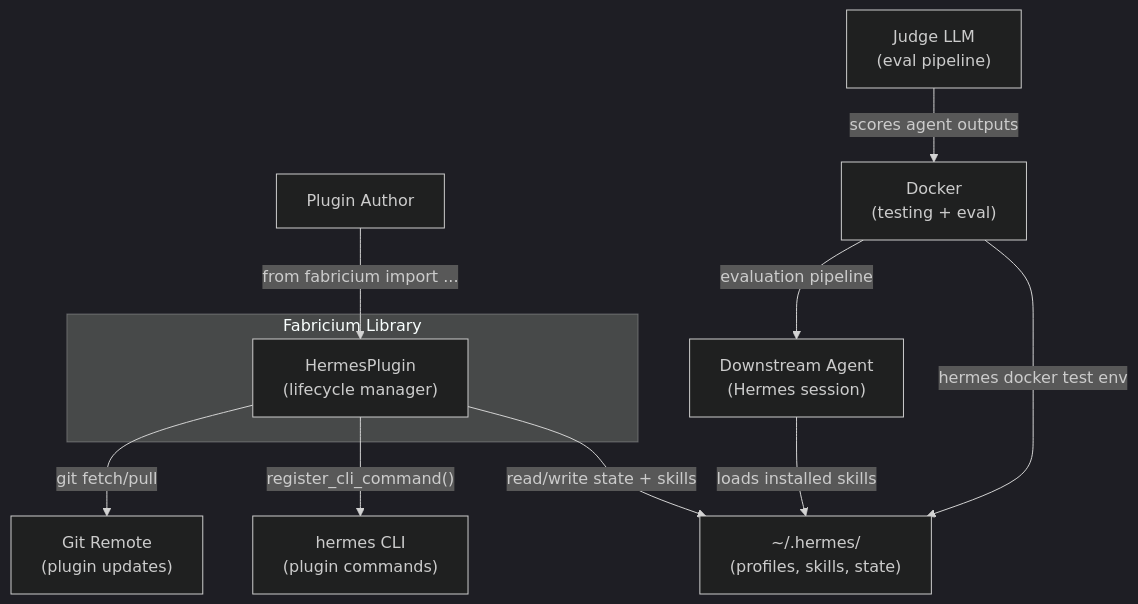
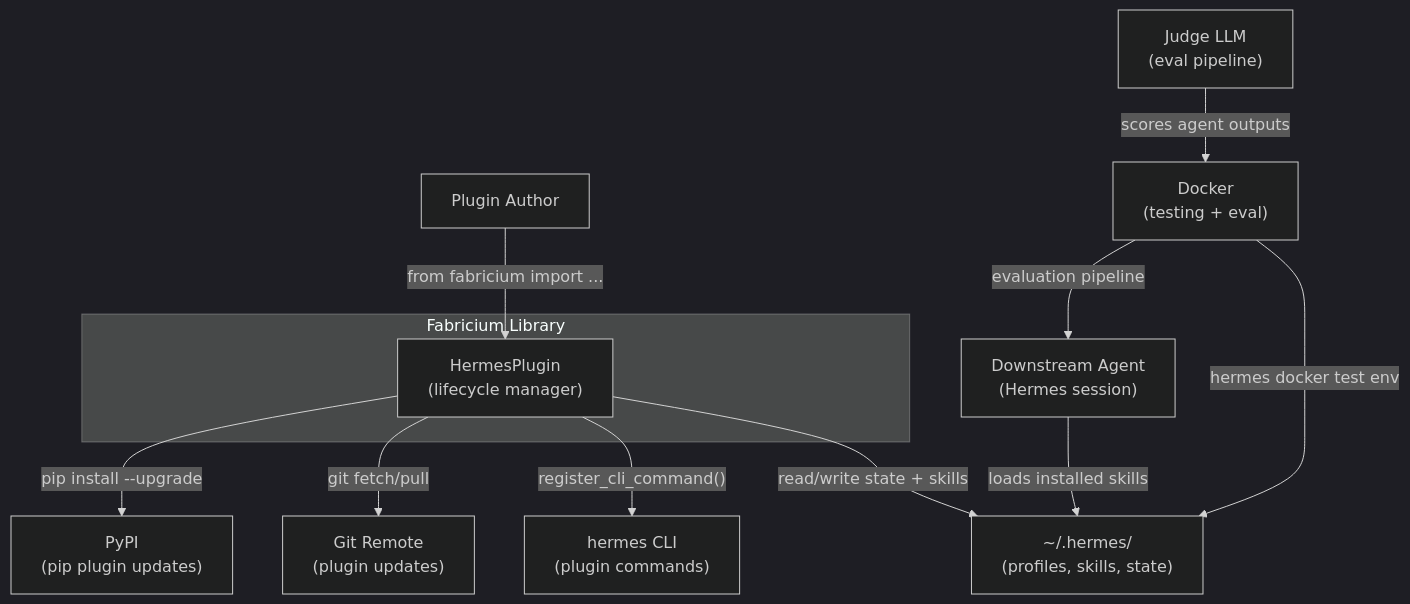
One commit to Uniterra-Solutions/fabricium changed the first of 2 diagrams in docs/architecture.md. Above: the diagram before and after it, drawn with Mermaid (dark theme). The commit also changed other lines of this file and 2 other files, not shown here.

First line of the commit message:
docs: document dual git/pip update mechanism

````diff
--- a/docs/architecture.md
+++ b/docs/architecture.md
@@ -5,24 +5,26 @@
 ```mermaid
 graph TD
     User["Plugin Author"]
     Agent["Downstream Agent\n(Hermes session)"]
 
     subgraph Fabricium["Fabricium Library"]
         Plugin["HermesPlugin\n(lifecycle manager)"]
     end
 
     HermesCLI["hermes CLI\n(plugin commands)"]
     HermesProf["~/.hermes/\n(profiles, skills, state)"]
     GitRemote["Git Remote\n(plugin updates)"]
+    PyPI["PyPI\n(pip plugin updates)"]
     Docker["Docker\n(testing + eval)"]
     JudgeLLM["Judge LLM\n(eval pipeline)"]
 
     User -->|"from fabricium import ..."| Plugin
     Plugin -->|"register_cli_command()"| HermesCLI
     Plugin -->|"read/write state + skills"| HermesProf
     Plugin -->|"git fetch/pull"| GitRemote
+    Plugin -->|"pip install --upgrade"| PyPI
     Agent -->|"loads installed skills"| HermesProf
     Docker -->|"hermes docker test env"| HermesProf
     Docker -->|"evaluation pipeline"| Agent
     JudgeLLM -->|"scores agent outputs"| Docker
 ```
````
